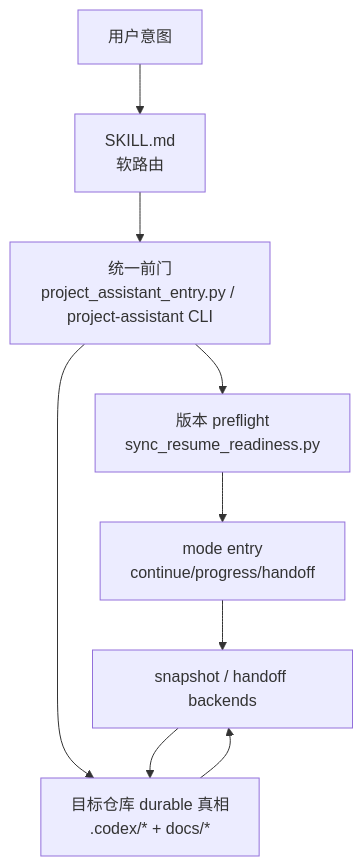
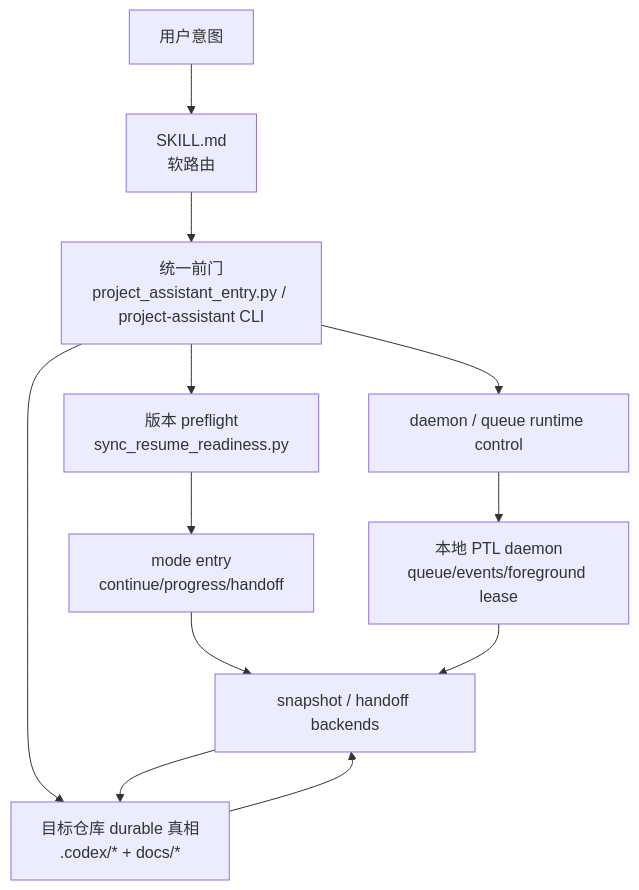
The first of 2 diagrams in docs/architecture.zh-CN.md (redcreen/project-assistant), drawn with Mermaid before and after one commit. The commit also changed other lines of this file and 62 other files, not shown here.

````diff
--- a/docs/architecture.zh-CN.md
+++ b/docs/architecture.zh-CN.md
@@ -17,11 +19,14 @@
 ```mermaid
 flowchart TB
     U["用户意图"] --> S["SKILL.md\n软路由"]
     S --> F["统一前门\nproject_assistant_entry.py / project-assistant CLI"]
     F --> P["版本 preflight\nsync_resume_readiness.py"]
     F --> T["事务化快路径\nbootstrap/retrofit"]
+    F --> D["daemon / queue runtime control"]
+    D --> Q["本地 PTL daemon\nqueue/events/foreground lease"]
     P --> E["mode entry\ncontinue/progress/handoff"]
     T --> R["bootstrap / retrofit backends"]
     E --> R["snapshot / handoff backends"]
+    Q --> R
     R --> T["目标仓库 durable 真相\n.codex/* + docs/*"]
 ```
````
